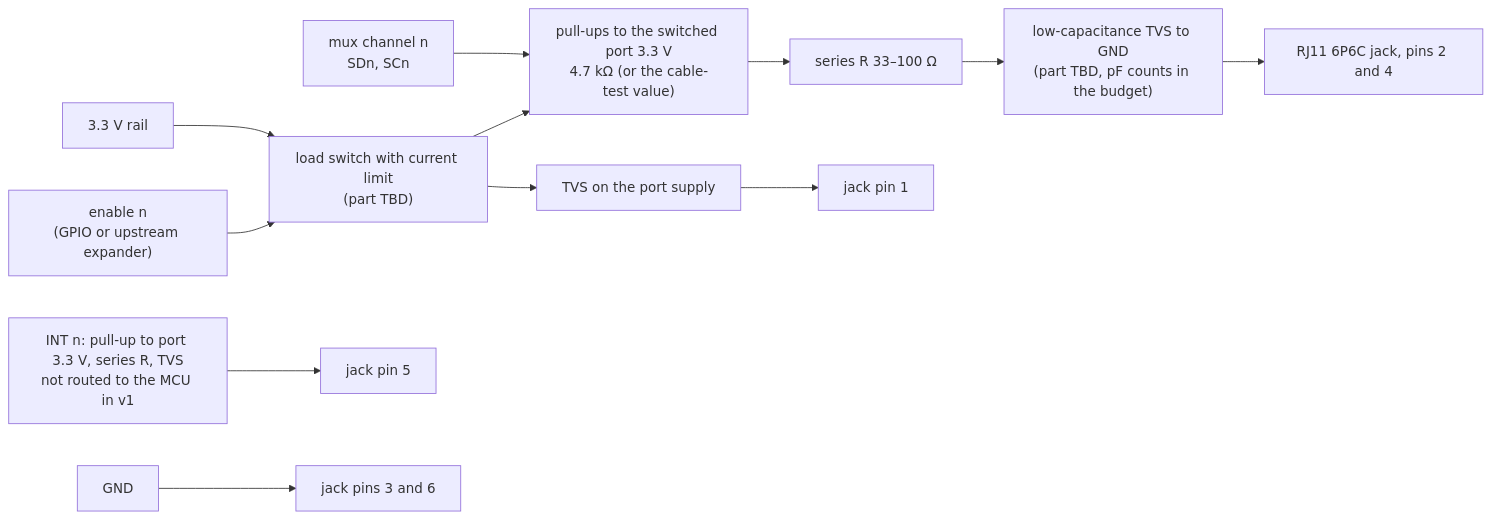
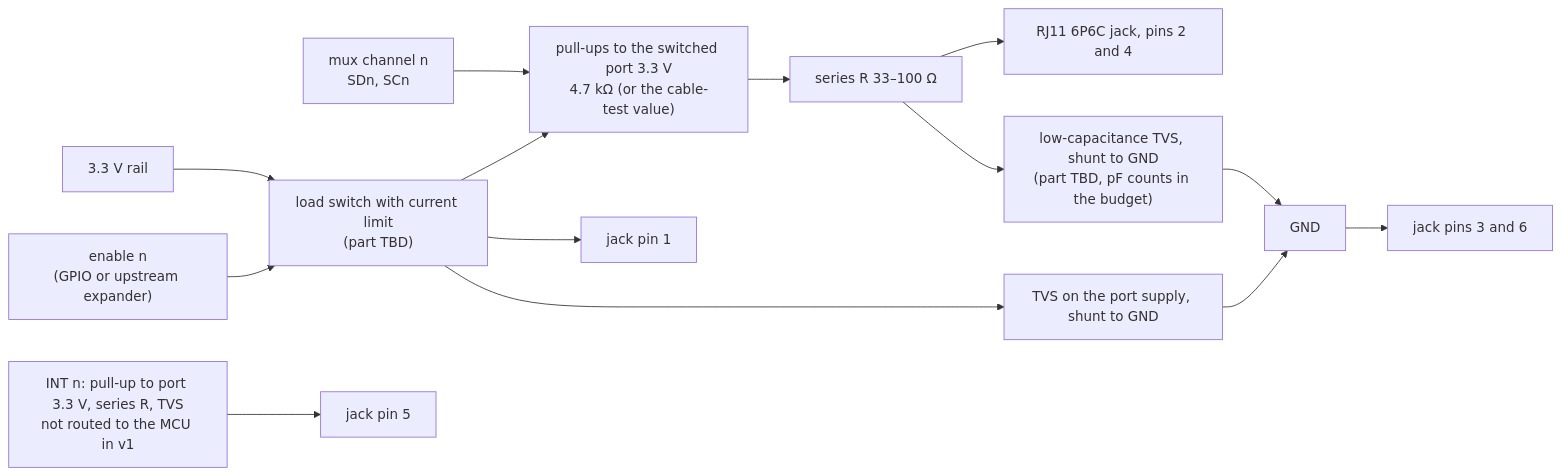
The seventh of 11 diagrams in docs/superpowers/specs/2026-10-21-sensor-module-ports-design.md (clintecker/weather-station-2026), drawn with Mermaid before and after one commit. The commit also changed other lines of this file and 1 other file, not shown here.

````diff
--- a/docs/superpowers/specs/2026-10-21-sensor-module-ports-design.md
+++ b/docs/superpowers/specs/2026-10-21-sensor-module-ports-design.md
@@ -343,13 +346,16 @@
 ```mermaid
 flowchart LR
   MUXCH["mux channel n<br/>SDn, SCn"] --> PU["pull-ups to the switched port 3.3 V<br/>4.7 kΩ (or the cable-test value)"]
   SW --> PU
   PU --> R["series R 33–100 Ω"]
-  R --> TVS["low-capacitance TVS to GND<br/>(part TBD, pF counts in the budget)"]
-  TVS --> J["RJ11 6P6C jack, pins 2 and 4"]
+  R --> J["RJ11 6P6C jack, pins 2 and 4"]
+  R --> TVS["low-capacitance TVS, shunt to GND<br/>(part TBD, pF counts in the budget)"]
+  TVS --> GND["GND"]
   V33["3.3 V rail"] --> SW["load switch with current limit<br/>(part TBD)"]
   EN["enable n<br/>(GPIO or upstream expander)"] --> SW
-  SW --> TVSP["TVS on the port supply"] --> J1["jack pin 1"]
+  SW --> J1["jack pin 1"]
+  SW --> TVSP["TVS on the port supply, shunt to GND"]
+  TVSP --> GND
   INTN["INT n: pull-up to port 3.3 V, series R, TVS<br/>not routed to the MCU in v1"] --> J5["jack pin 5"]
-  GND["GND"] --> J36["jack pins 3 and 6"]
+  GND --> J36["jack pins 3 and 6"]
 ```
````
